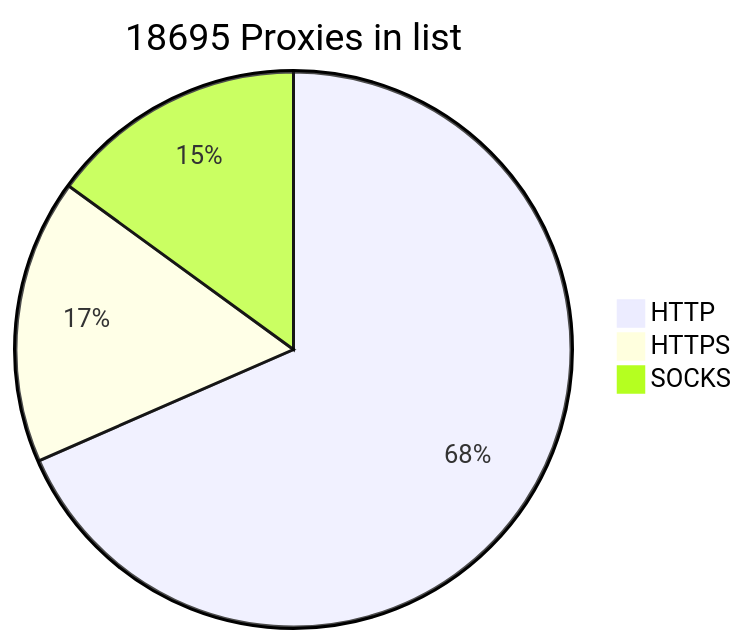
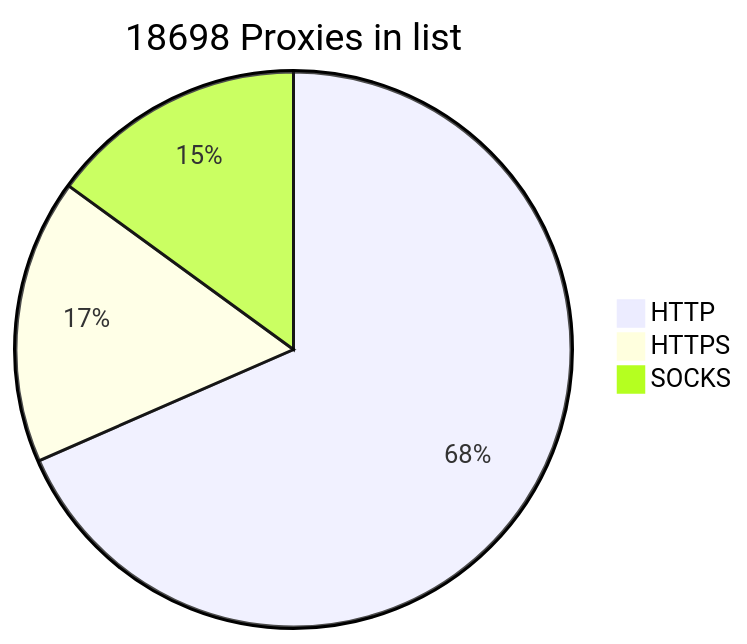
One commit to BlackSnowDot/proxylist-update-every-minute changed the diagram in README.md. Above: the diagram before and after it, drawn with Mermaid.

````diff
--- a/README.md
+++ b/README.md
@@ -2,6 +2,6 @@
 ```mermaid
-pie title 18695 Proxies in list
-    "HTTP" : 13957
-    "HTTPS": 3380
+pie title 18698 Proxies in list
+    "HTTP" : 13959
+    "HTTPS": 3381
     "SOCKS" : 3056
 ```
````
